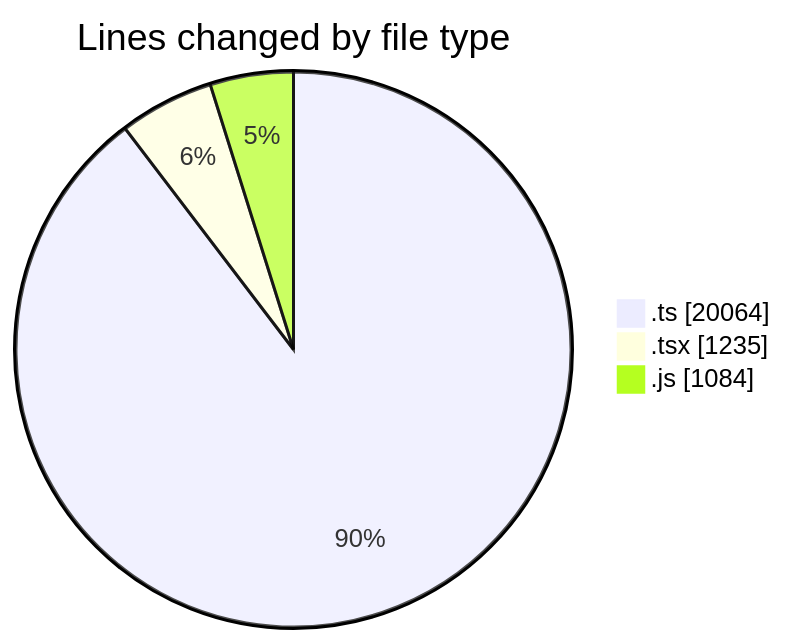
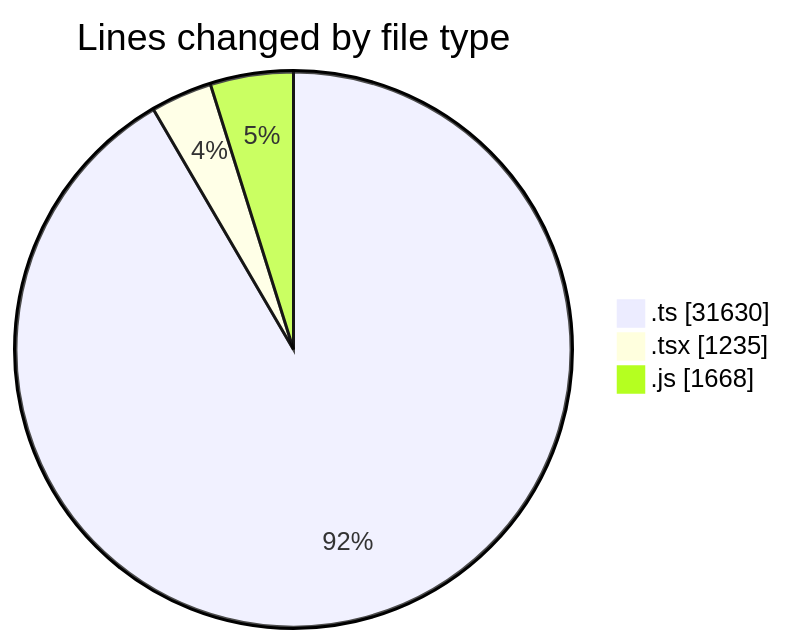
Before and after one commit to momahboobian/code-tracking: the first of 2 diagrams in 2025-06-23/cda/README.md, drawn with Mermaid. The commit also changed other lines of this file and 1 other file, not shown here.

````diff
--- a/2025-06-23/cda/README.md
+++ b/2025-06-23/cda/README.md
@@ -31,7 +32,7 @@
 ```mermaid
 pie showData
 title Lines changed by file type
-".ts" : 20064
+".ts" : 31630
 ".tsx" : 1235
-".js" : 1084
+".js" : 1668
 ```
````
